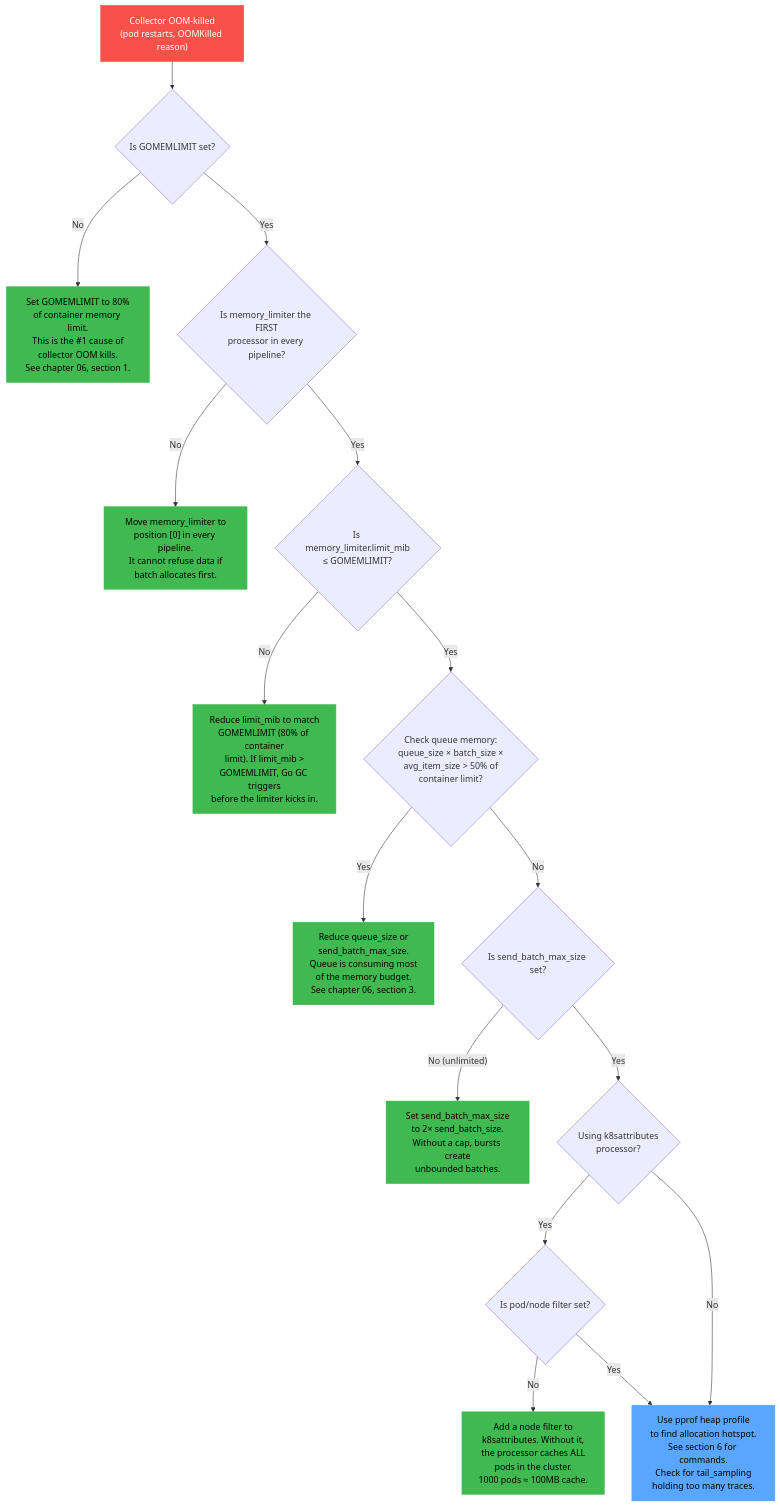
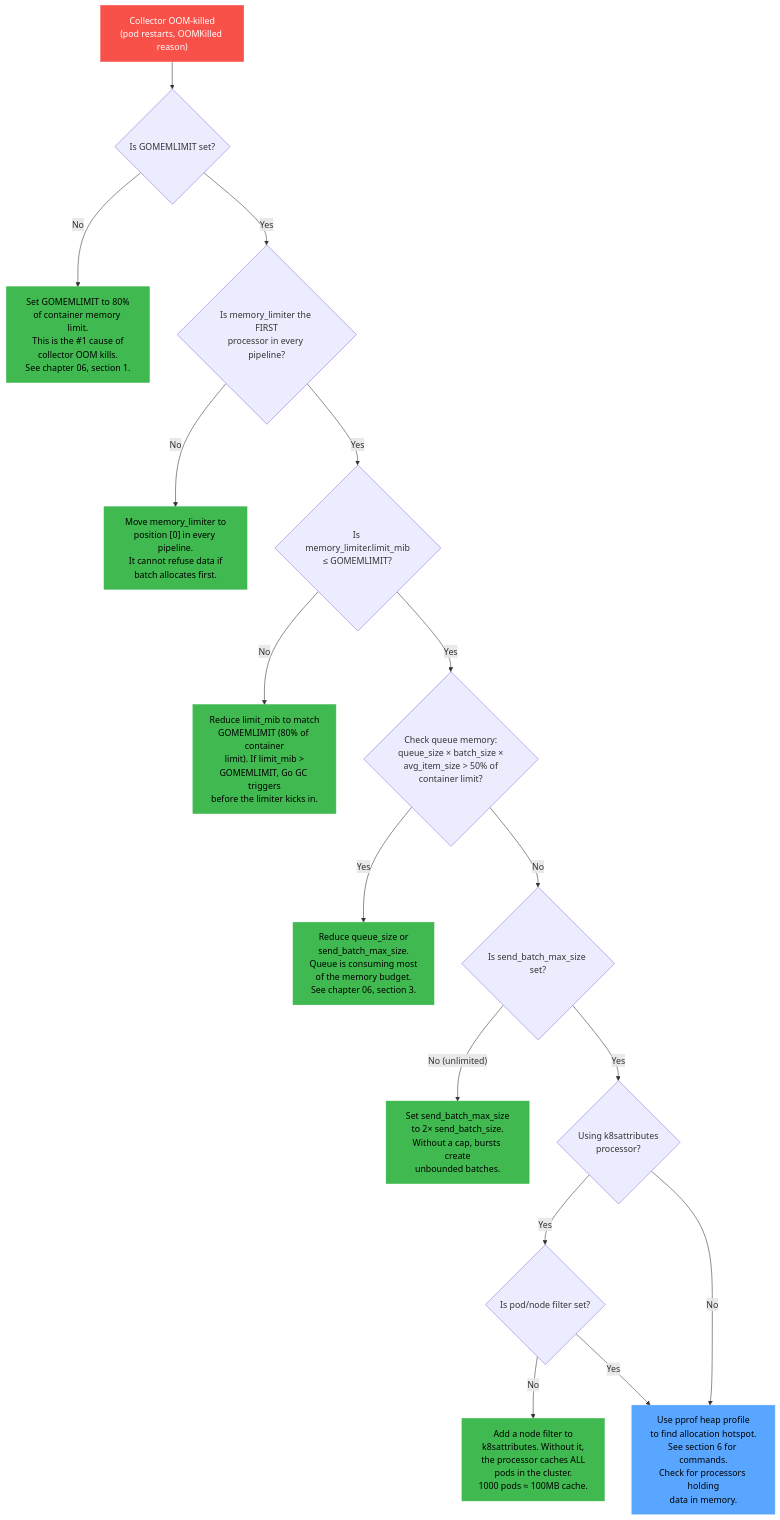
One commit to andy-dufour/otel-collector-guide changed the third of 4 diagrams in 09-monitoring-the-collector.md. Above: the diagram before and after it, drawn with Mermaid. The commit also changed other lines of this file and 11 other files, not shown here.

Commit message:
Remove tail sampling recommendations — not production-ready

````diff
--- a/09-monitoring-the-collector.md
+++ b/09-monitoring-the-collector.md
@@ -825,39 +825,39 @@
 ```mermaid
 flowchart TD
     START["Collector OOM-killed<br/>(pod restarts, OOMKilled reason)"] --> Q1{"Is GOMEMLIMIT set?"}
 
     Q1 -->|"No"| FIX1["Set GOMEMLIMIT to 80%<br/>of container memory limit.<br/>This is the #1 cause of<br/>collector OOM kills.<br/>See chapter 06, section 1."]
 
     Q1 -->|"Yes"| Q2{"Is memory_limiter the FIRST<br/>processor in every pipeline?"}
 
     Q2 -->|"No"| FIX2["Move memory_limiter to<br/>position [0] in every pipeline.<br/>It cannot refuse data if<br/>batch allocates first."]
 
     Q2 -->|"Yes"| Q3{"Is memory_limiter.limit_mib<br/>≤ GOMEMLIMIT?"}
 
     Q3 -->|"No"| FIX3["Reduce limit_mib to match<br/>GOMEMLIMIT (80% of container<br/>limit). If limit_mib ><br/>GOMEMLIMIT, Go GC triggers<br/>before the limiter kicks in."]
 
     Q3 -->|"Yes"| Q4{"Check queue memory:<br/>queue_size × batch_size ×<br/>avg_item_size > 50% of<br/>container limit?"}
 
     Q4 -->|"Yes"| FIX4["Reduce queue_size or<br/>send_batch_max_size.<br/>Queue is consuming most<br/>of the memory budget.<br/>See chapter 06, section 3."]
 
     Q4 -->|"No"| Q5{"Is send_batch_max_size set?"}
 
     Q5 -->|"No (unlimited)"| FIX5["Set send_batch_max_size<br/>to 2× send_batch_size.<br/>Without a cap, bursts create<br/>unbounded batches."]
 
     Q5 -->|"Yes"| Q6{"Using k8sattributes<br/>processor?"}
 
     Q6 -->|"Yes"| Q6A{"Is pod/node filter set?"}
     Q6A -->|"No"| FIX6["Add a node filter to<br/>k8sattributes. Without it,<br/>the processor caches ALL<br/>pods in the cluster.<br/>1000 pods ≈ 100MB cache."]
 
-    Q6A -->|"Yes"| Q7["Use pprof heap profile<br/>to find allocation hotspot.<br/>See section 6 for commands.<br/>Check for tail_sampling<br/>holding too many traces."]
+    Q6A -->|"Yes"| Q7["Use pprof heap profile<br/>to find allocation hotspot.<br/>See section 6 for commands.<br/>Check for processors holding<br/>data in memory."]
     Q6 -->|"No"| Q7
 
     style START fill:#f85149,stroke:#f85149,color:#fff
     style FIX1 fill:#3fb950,stroke:#3fb950,color:#000
     style FIX2 fill:#3fb950,stroke:#3fb950,color:#000
     style FIX3 fill:#3fb950,stroke:#3fb950,color:#000
     style FIX4 fill:#3fb950,stroke:#3fb950,color:#000
     style FIX5 fill:#3fb950,stroke:#3fb950,color:#000
     style FIX6 fill:#3fb950,stroke:#3fb950,color:#000
     style Q7 fill:#58a6ff,stroke:#58a6ff,color:#000
 ```
````
